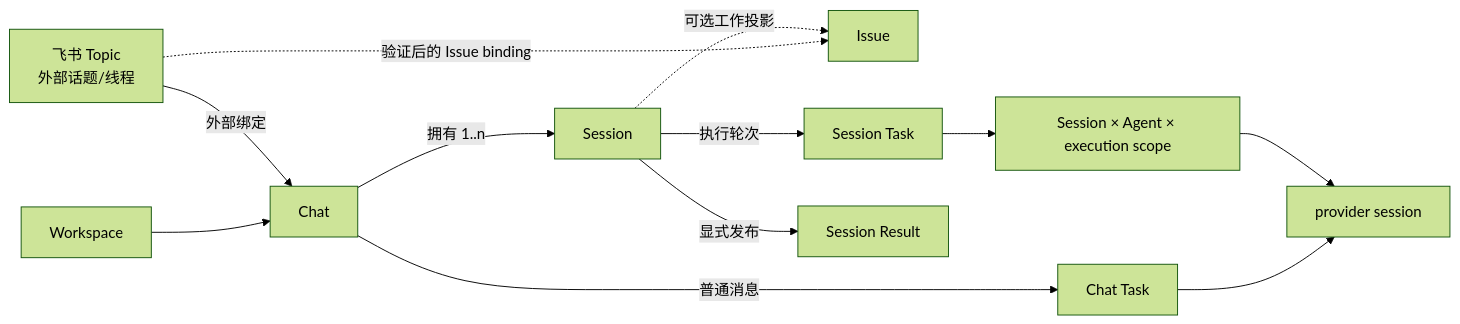
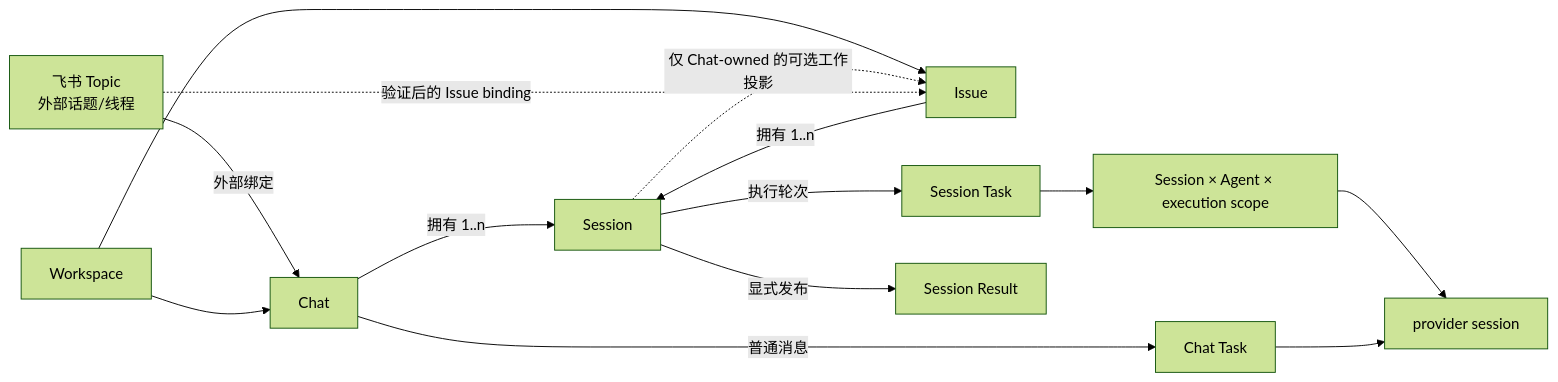
Before and after one commit to moesin-lab/Remi: the diagram in docs/conversation-model.md, drawn with Mermaid (forest theme). The commit also changed other lines of this file and 107 other files, not shown here.

First line of the commit message:
feat(session): 支持 Chat 或 Issue 所有权

````diff
--- a/docs/conversation-model.md
+++ b/docs/conversation-model.md
@@ -12,13 +13,15 @@
 ```mermaid
 flowchart LR
   Topic["飞书 Topic<br/>外部话题/线程"] -->|外部绑定| Chat
   Workspace --> Chat
+  Workspace --> Issue
   Chat -->|拥有 1..n| Session
-  Session -. "可选工作投影" .-> Issue
+  Issue -->|拥有 1..n| Session
+  Session -. "仅 Chat-owned 的可选工作投影" .-> Issue
   Topic -. "验证后的 Issue binding" .-> Issue
   Session -->|执行轮次| SessionTask[Session Task]
   Session -->|显式发布| Result[Session Result]
   Chat -->|普通消息| ChatTask[Chat Task]
   SessionTask --> Lane["Session × Agent × execution scope"] --> Provider[provider session]
   ChatTask --> Provider
 ```
````
